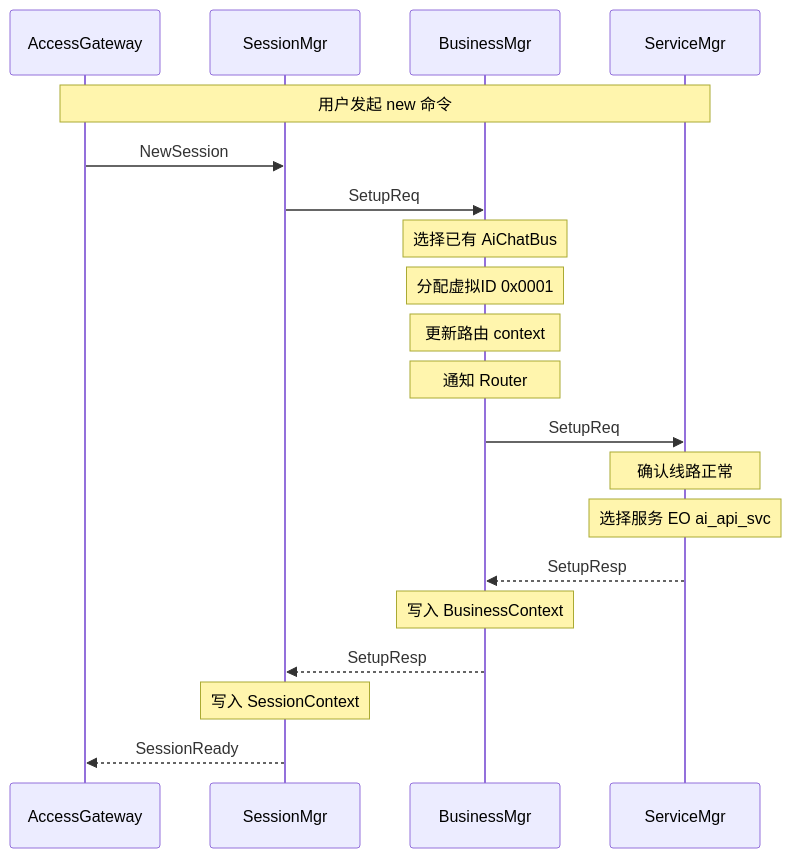
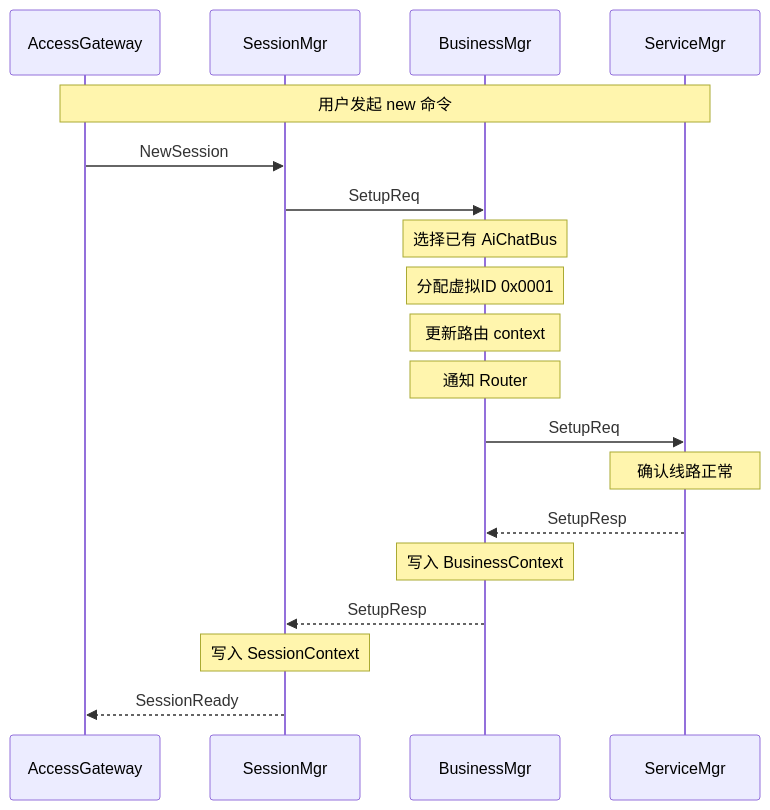
Before and after one commit to yun-qilong/flow_hub: the second of 4 diagrams in README.md, drawn with Mermaid. The commit also changed other lines of this file and 41 other files, not shown here.

````diff
--- a/README.md
+++ b/README.md
@@ -248,32 +250,31 @@
 ```mermaid
 sequenceDiagram
     participant AG as AccessGateway
     participant SMC as SessionMgr
     participant BMC as BusinessMgr
     participant SVC as ServiceMgr
 
     Note over AG,SVC: 用户发起 new 命令
 
     AG->>SMC: NewSession
     SMC->>BMC: SetupReq
 
     Note over BMC: 选择已有 AiChatBus
     Note over BMC: 分配虚拟ID 0x0001
     Note over BMC: 更新路由 context
     Note over BMC: 通知 Router
 
     BMC->>SVC: SetupReq
 
     Note over SVC: 确认线路正常
-    Note over SVC: 选择服务 EO ai_api_svc
 
     SVC-->>BMC: SetupResp
 
     Note over BMC: 写入 BusinessContext
 
     BMC-->>SMC: SetupResp
 
     Note over SMC: 写入 SessionContext
 
     SMC-->>AG: SessionReady
 ```
````
